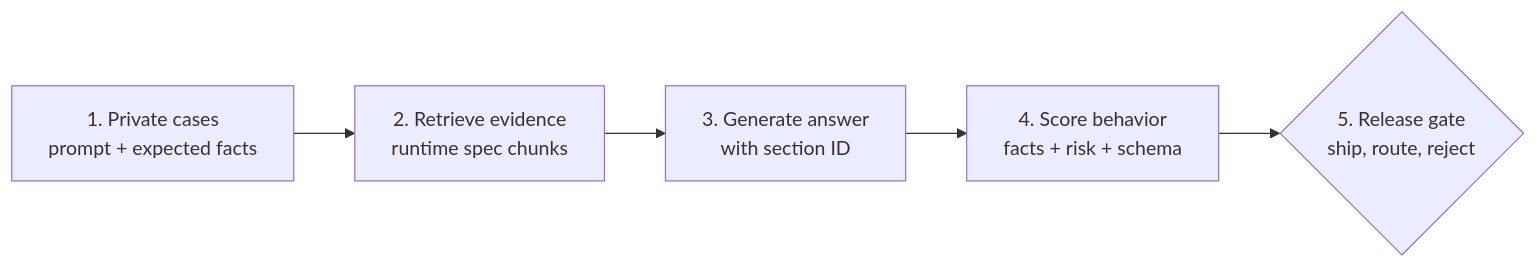
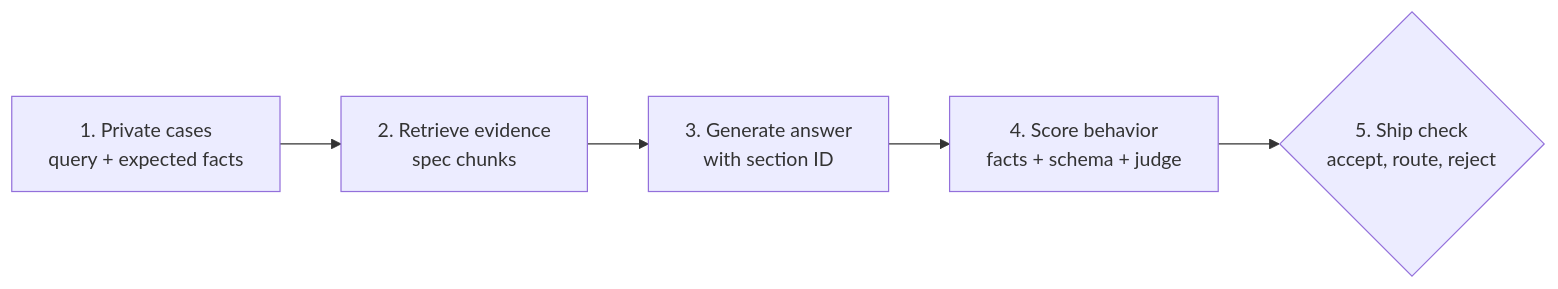
Before and after one commit to bvolpato/leetllm: the first of 2 diagrams in web/src/content/llmops/llm-evaluation-benchmarks-limitations/content.md, drawn with Mermaid. The commit also changed other lines of this file and 3236 other files, not shown here.

````diff
--- a/web/src/content/llmops/llm-evaluation-benchmarks-limitations/content.md
+++ b/web/src/content/llmops/llm-evaluation-benchmarks-limitations/content.md
@@ -122,7 +77,7 @@
 ```mermaid
 flowchart LR
-    C["1. Private cases<br/>prompt + expected facts"]:::primary --> R["2. Retrieve evidence<br/>runtime spec chunks"]:::secondary
+    C["1. Private cases<br/>query + expected facts"]:::primary --> R["2. Retrieve evidence<br/>spec chunks"]:::secondary
     R --> A["3. Generate answer<br/>with section ID"]:::secondary
-    A --> S["4. Score behavior<br/>facts + risk + schema"]:::warning
-    S --> G{"5. Release gate<br/>ship, route, reject"}:::success
+    A --> S["4. Score behavior<br/>facts + schema + judge"]:::warning
+    S --> G{"5. Ship check<br/>accept, route, reject"}:::success
 ```
````
